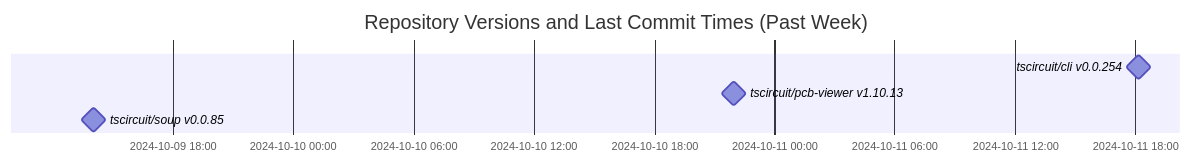
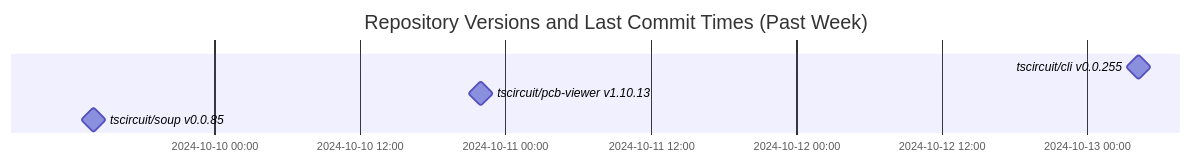
Before and after one commit to tscircuit/version-tracker: the diagram in README.md, drawn with Mermaid.

Commit message:
Update chart

````diff
--- a/README.md
+++ b/README.md
@@ -1,10 +1,10 @@
 ```mermaid
 gantt
   dateFormat  YYYY-MM-DD HH:mm:ss
   title Repository Versions and Last Commit Times (Past Week)
   axisFormat %Y-%m-%d %H:%M
 
-  tscircuit/cli v0.0.254 : milestone, 2024-10-11 18:09:20, 1s
+  tscircuit/cli v0.0.255 : milestone, 2024-10-13 04:13:22, 1s
   tscircuit/pcb-viewer v1.10.13 : milestone, 2024-10-10 21:59:08, 1s
   tscircuit/soup v0.0.85 : milestone, 2024-10-09 14:03:06, 1s
 ```
````
